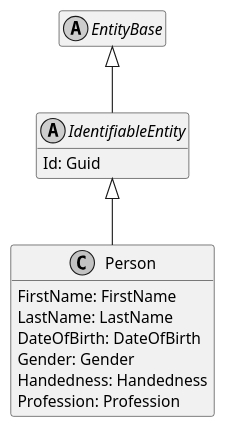
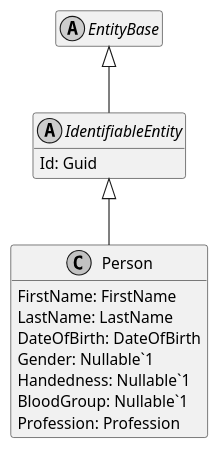
Before and after one commit to ObiWanLansi/DoofesZeug: the diagram in Documentation/Generated/Models/DoofesZeug.Models.Human/Person.puml, drawn with PlantUML. The commit also changed 32 other files, not shown here.

```diff
--- a/Documentation/Generated/Models/DoofesZeug.Models.Human/Person.puml
+++ b/Documentation/Generated/Models/DoofesZeug.Models.Human/Person.puml
@@ -1,25 +1,26 @@
 @startuml
 skinparam monochrome true
 hide empty members
 
 abstract class EntityBase {
 }
 
 EntityBase <|-- IdentifiableEntity
 
 abstract class IdentifiableEntity {
     Id: Guid
 }
 
 IdentifiableEntity <|-- Person
 
 class Person {
     FirstName: FirstName
     LastName: LastName
     DateOfBirth: DateOfBirth
-    Gender: Gender
-    Handedness: Handedness
+    Gender: Nullable`1
+    Handedness: Nullable`1
+    BloodGroup: Nullable`1
     Profession: Profession
 }
 
 @enduml
```
